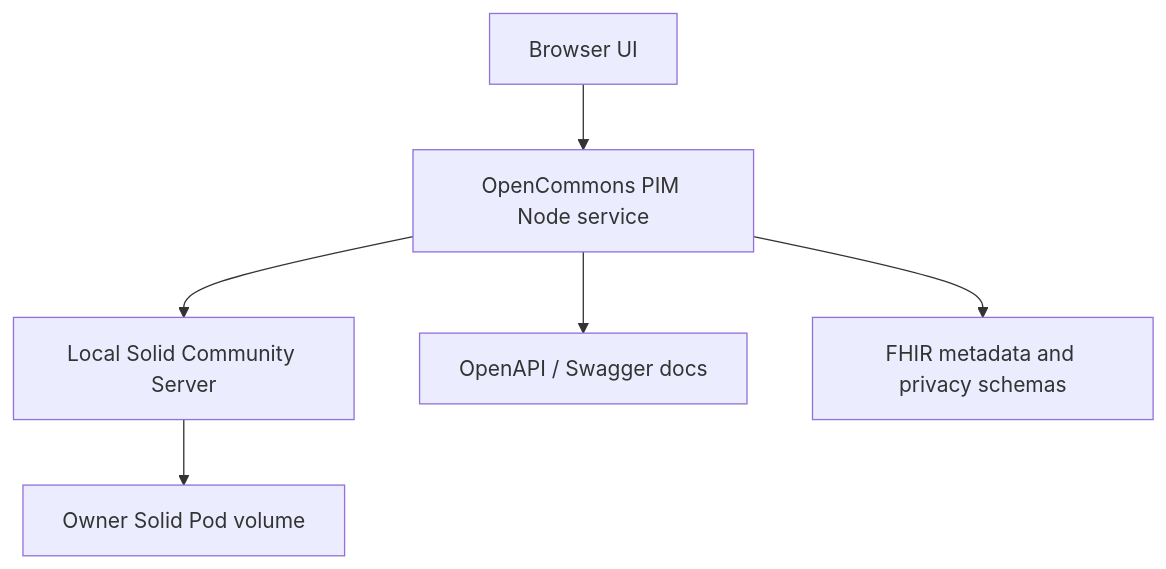
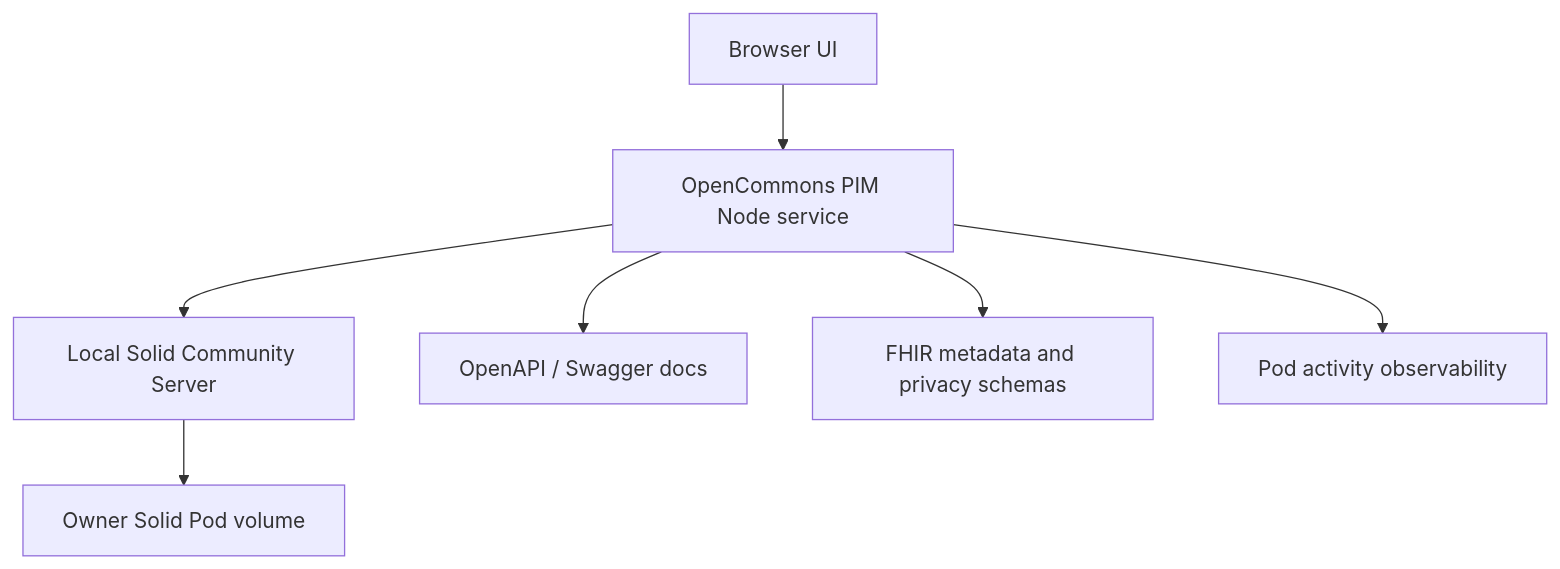
The first of 2 diagrams in docs/OPERATIONAL_STACK_DEPLOYMENT.md (jateeter/OpenCommons-Health---Personal-Information-Management), drawn with Mermaid before and after one commit. The commit also changed other lines of this file and 18 other files, not shown here.

Commit message:
Add Pod activity observability for localhost MVP (#27)

````diff
--- a/docs/OPERATIONAL_STACK_DEPLOYMENT.md
+++ b/docs/OPERATIONAL_STACK_DEPLOYMENT.md
@@ -8,15 +8,17 @@
 ```mermaid
 flowchart TB
   Browser["Browser UI"]
   PIM["OpenCommons PIM Node service"]
   Solid["Local Solid Community Server"]
   Pod["Owner Solid Pod volume"]
   Docs["OpenAPI / Swagger docs"]
   FHIR["FHIR metadata and privacy schemas"]
+  Activity["Pod activity observability"]
 
   Browser --> PIM
   PIM --> Solid
   Solid --> Pod
   PIM --> Docs
   PIM --> FHIR
+  PIM --> Activity
 ```
````
